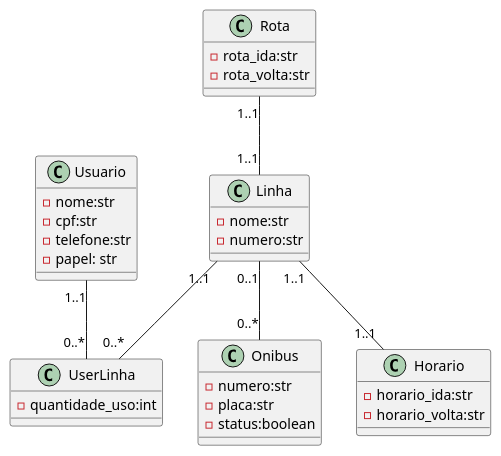
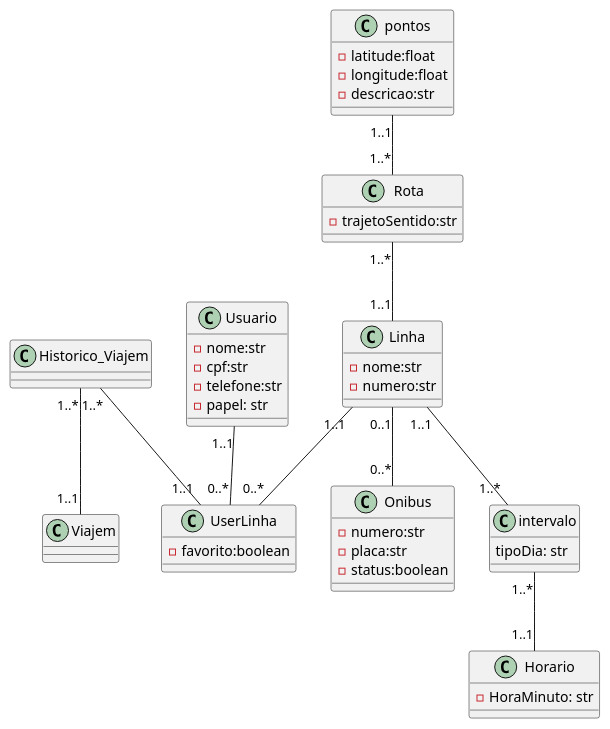
Before and after one commit to saames/mybus: the diagram in docs/mybus_uml.puml, drawn with PlantUML.

Commit message:
feat: nova uml

```diff
--- a/docs/mybus_uml.puml
+++ b/docs/mybus_uml.puml
@@ -1,37 +1,62 @@
 @startuml mybus
 class Onibus{
     -numero:str
     -placa:str
     -status:boolean
 }
 class Usuario{
     -nome:str
     -cpf:str
     -telefone:str
     -papel: str
 
 }
 class Linha{
     -nome:str
     -numero:str
 }
 class Rota{
-    -rota_ida:str
-    -rota_volta:str
+    -trajetoSentido:str
 }
-class Horario{
-    -horario_ida:str
-    -horario_volta:str
+
+
+class pontos{
+    -latitude:float
+    -longitude:float
+    -descricao:str
+
+}
+class intervalo{
+    tipoDia: str
 }
 
 class UserLinha{
-    -quantidade_uso:int
+    -favorito:boolean
+}
+
+class Historico_Viajem{
+
+}
+
+class Viajem{
+
+}
+
+class Horario {
+    -HoraMinuto: str
+
 }
 
 Linha "0..1" -- "0..*" Onibus
-Rota "1..1" -- "1..1"Linha
-Linha "1..1" -- "1..1"Horario
+Rota "1..*" -- "1..1"Linha
+pontos "1..1" -- "1..*" Rota
+Linha "1..1" -- "1..*" intervalo
+intervalo "1..*" -- "1..1"Horario
 Usuario "1..1" -- "0..*"UserLinha
 Linha "1..1" -- "0..*" UserLinha
+Historico_Viajem "1..*" -- "1..1" Viajem
+Historico_Viajem "1..*" -- "1..1" UserLinha
+
+
 
 @enduml
```
